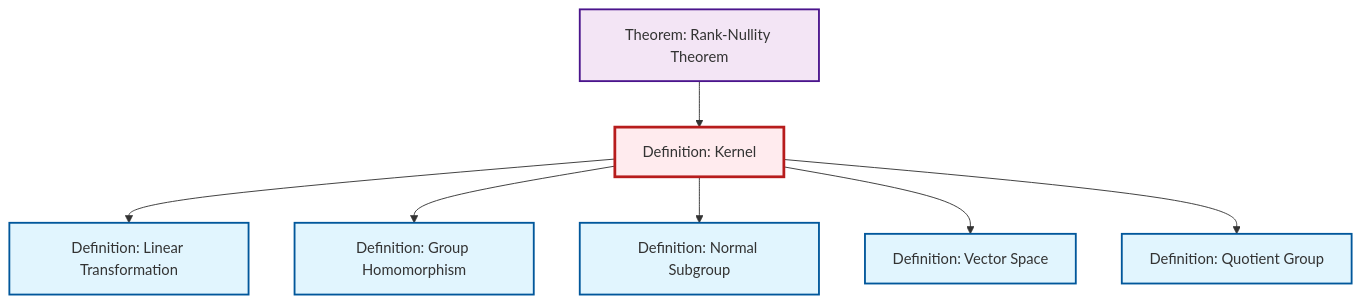
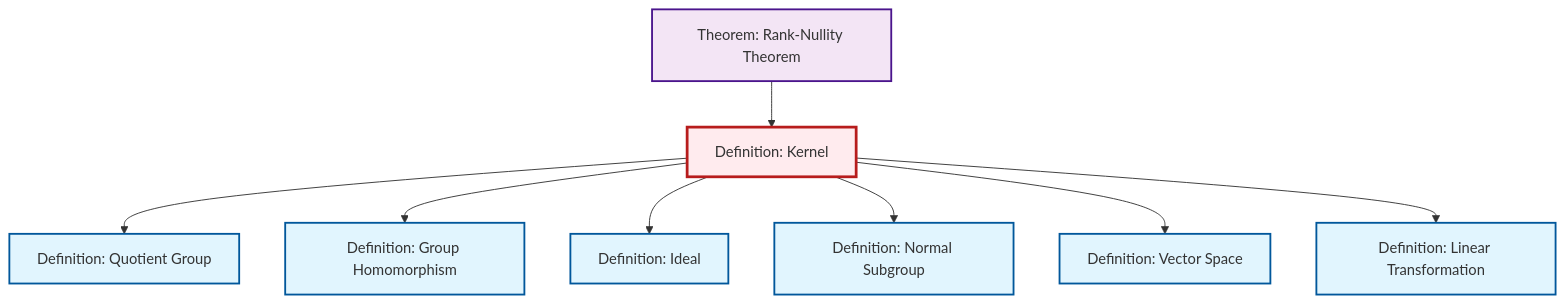
Before and after one commit to RK0429/ModernMath: the diagram in content/ja/algebra/def-kernel.qmd, drawn with Mermaid. The commit also changed 530 other files, not shown here.

````diff
--- a/content/ja/algebra/def-kernel.qmd
+++ b/content/ja/algebra/def-kernel.qmd
@@ -80,29 +80,32 @@
 ```{mermaid}
 %%| fig-cap: "Local dependency graph"
 graph TD
     classDef definition fill:#e1f5fe,stroke:#01579b,stroke-width:2px
     classDef theorem fill:#f3e5f5,stroke:#4a148c,stroke-width:2px
     classDef axiom fill:#fff3e0,stroke:#e65100,stroke-width:2px
     classDef example fill:#e8f5e9,stroke:#1b5e20,stroke-width:2px
     classDef current fill:#ffebee,stroke:#b71c1c,stroke-width:3px
-    def-linear-transformation["Definition: Linear Transformation"]:::definition
+    def-ideal["Definition: Ideal"]:::definition
+    def-normal-subgroup["Definition: Normal Subgroup"]:::definition
+    thm-rank-nullity["Theorem: Rank-Nullity Theorem"]:::theorem
+    def-kernel["Definition: Kernel"]:::definition
+    def-homomorphism["Definition: Group Homomorphism"]:::definition
     def-quotient-group["Definition: Quotient Group"]:::definition
     def-vector-space["Definition: Vector Space"]:::definition
-    thm-rank-nullity["Theorem: Rank-Nullity Theorem"]:::theorem
-    def-normal-subgroup["Definition: Normal Subgroup"]:::definition
-    def-homomorphism["Definition: Group Homomorphism"]:::definition
-    def-kernel["Definition: Kernel"]:::definition
-    def-kernel --> def-linear-transformation
+    def-linear-transformation["Definition: Linear Transformation"]:::definition
+    def-kernel --> def-quotient-group
     def-kernel --> def-homomorphism
+    def-kernel --> def-ideal
+    thm-rank-nullity --> def-kernel
     def-kernel --> def-normal-subgroup
     def-kernel --> def-vector-space
-    def-kernel --> def-quotient-group
-    thm-rank-nullity --> def-kernel
+    def-kernel --> def-linear-transformation
     class def-kernel current
-    click def-linear-transformation "def-linear-transformation.html" "Definition: Linear Transformationへ"
+    click def-ideal "def-ideal.html" "Definition: Idealへ"
+    click def-normal-subgroup "def-normal-subgroup.html" "Definition: Normal Subgroupへ"
+    click thm-rank-nullity "thm-rank-nullity.html" "Theorem: Rank-Nullity Theoremへ"
+    click def-homomorphism "def-homomorphism.html" "Definition: Group Homomorphismへ"
     click def-quotient-group "def-quotient-group.html" "Definition: Quotient Groupへ"
     click def-vector-space "def-vector-space.html" "Definition: Vector Spaceへ"
-    click thm-rank-nullity "thm-rank-nullity.html" "Theorem: Rank-Nullity Theoremへ"
-    click def-normal-subgroup "def-normal-subgroup.html" "Definition: Normal Subgroupへ"
-    click def-homomorphism "def-homomorphism.html" "Definition: Group Homomorphismへ"
+    click def-linear-transformation "def-linear-transformation.html" "Definition: Linear Transformationへ"
 ```
````
